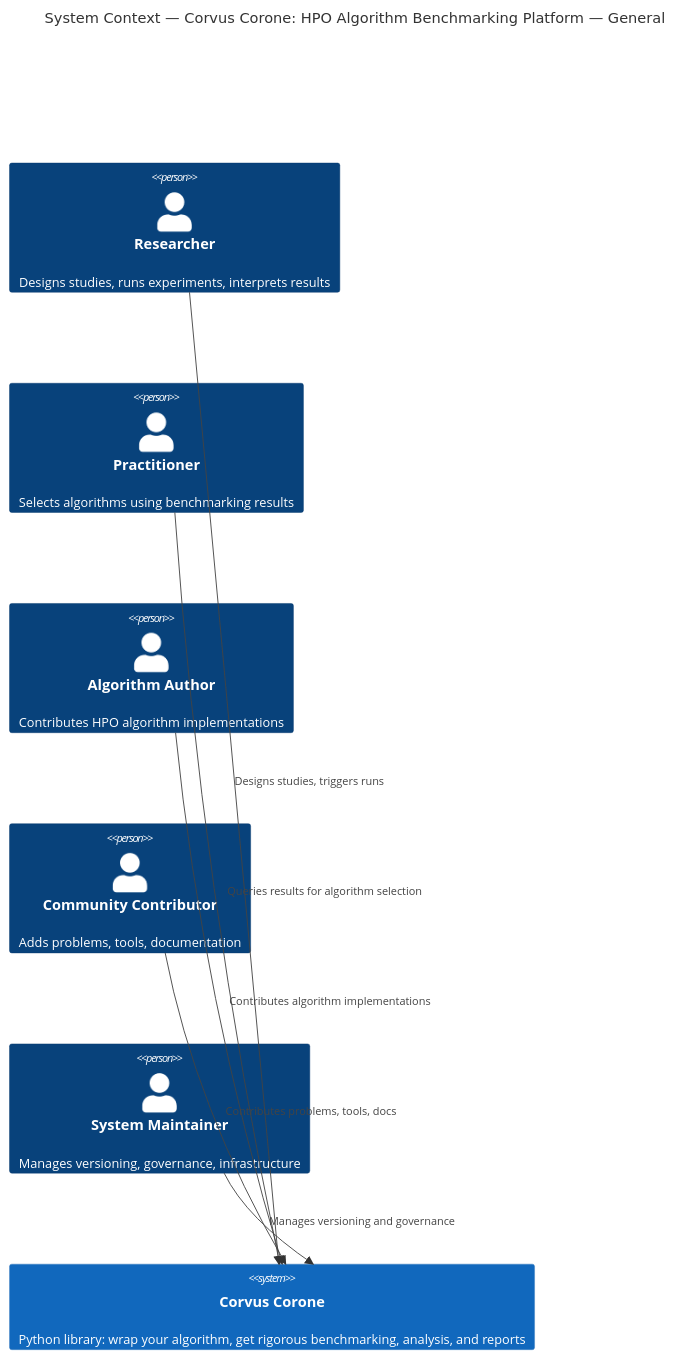
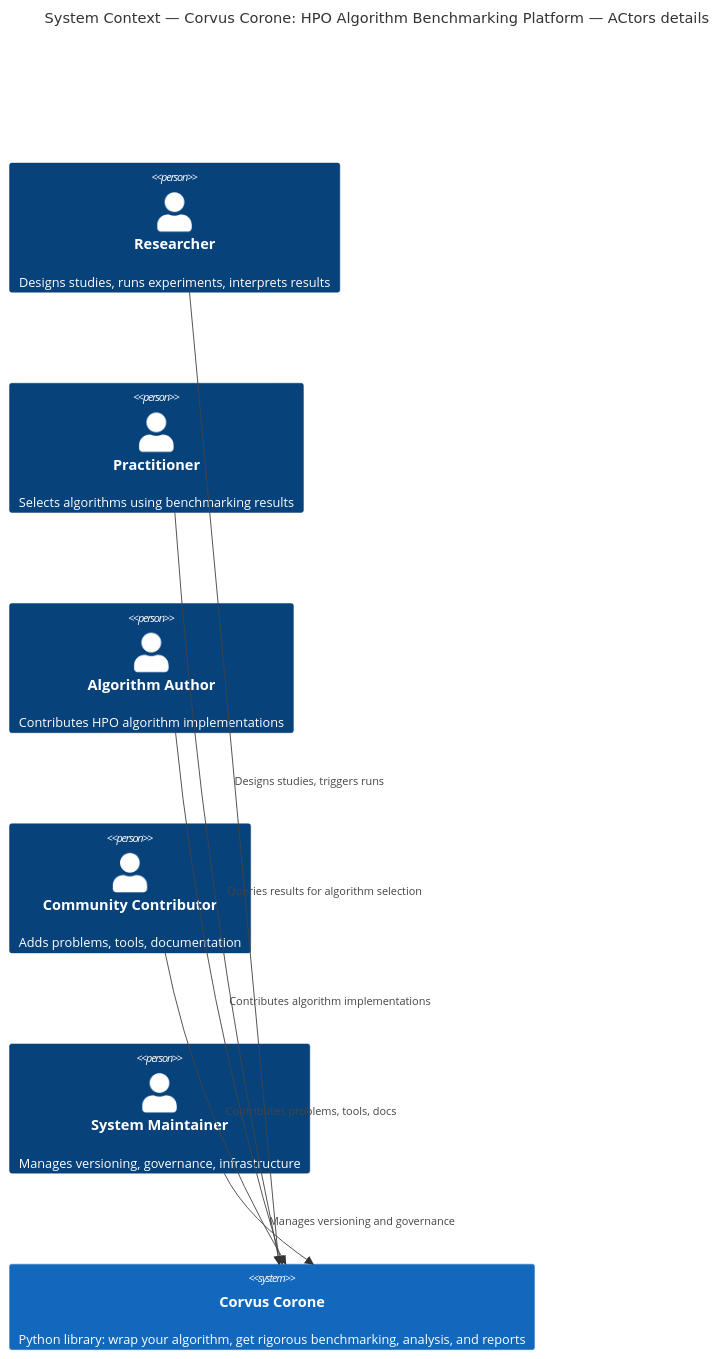
Before and after one commit to jedrzejpolaczek/aviarium.corvidae.corvus_corone: the second of 4 diagrams in docs/02_design/02_architecture/c1-context.md, drawn with Mermaid. The commit also changed other lines of this file, not shown here.

Commit message:
docs: update diagrams

````diff
--- a/docs/02_design/02_architecture/c1-context.md
+++ b/docs/02_design/02_architecture/c1-context.md
@@ -55,20 +55,20 @@
 ```mermaid
 C4Context
-  title System Context — Corvus Corone: HPO Algorithm Benchmarking Platform — General 
-  UpdateLayoutConfig($c4ShapeInRow="4", $c4BoundaryInRow="2")
+  title System Context — Corvus Corone: HPO Algorithm Benchmarking Platform — ACtors details
+  UpdateLayoutConfig($c4ShapeInRow="5", $c4BoundaryInRow="1")
 
   Person(researcher, "Researcher", "Designs studies, runs experiments, interprets results")
   Person(practitioner, "Practitioner", "Selects algorithms using benchmarking results")
   Person(alg_author, "Algorithm Author", "Contributes HPO algorithm implementations")
   Person(contributor, "Community Contributor", "Adds problems, tools, documentation")
   Person(maintainer, "System Maintainer", "Manages versioning, governance, infrastructure")
 
   System(system, "Corvus Corone", "Python library: wrap your algorithm, get rigorous benchmarking, analysis, and reports")
 
   Rel(researcher, system, "Designs studies, triggers runs")
   Rel(practitioner, system, "Queries results for algorithm selection")
   Rel(alg_author, system, "Contributes algorithm implementations")
   Rel(contributor, system, "Contributes problems, tools, docs")
   Rel(maintainer, system, "Manages versioning and governance")
 
 ```
````
